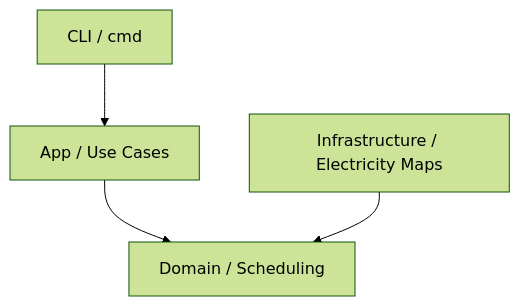
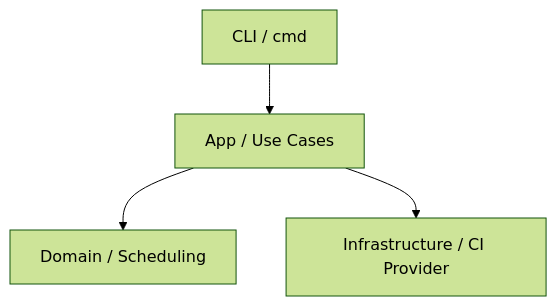
One commit to chenzhuyu2004/carbon-guard changed the diagram in README.md. Above: the diagram before and after it, drawn with Mermaid (forest theme). The commit also changed other lines of this file and 9 other files, not shown here.

````diff
--- a/README.md
+++ b/README.md
@@ -34,6 +43,6 @@
 ```mermaid
 flowchart TD
   CLI["CLI / cmd"] --> APP["App / Use Cases"]
   APP --> DOMAIN["Domain / Scheduling"]
-  INFRA["Infrastructure / Electricity Maps"] --> DOMAIN
+  APP --> INFRA["Infrastructure / CI Provider"]
 ```
````
